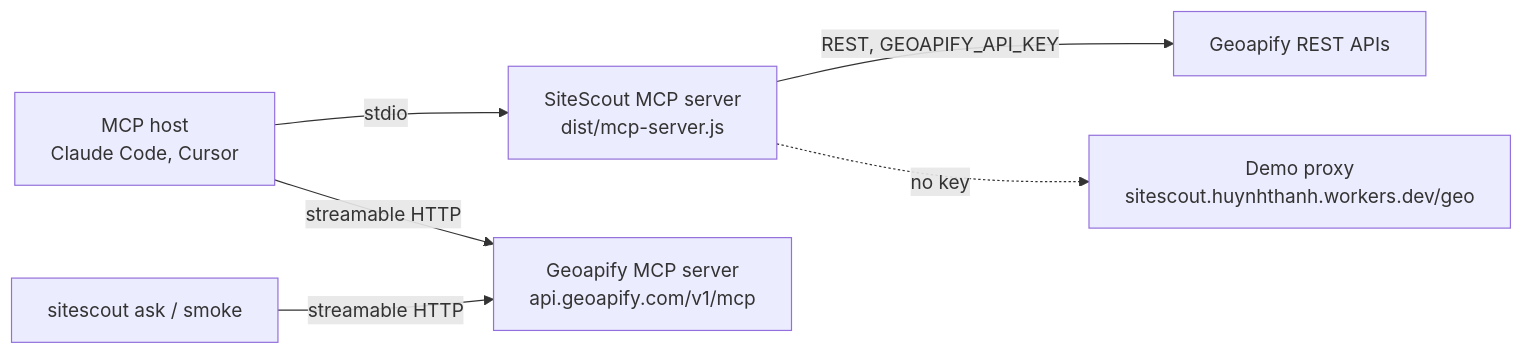
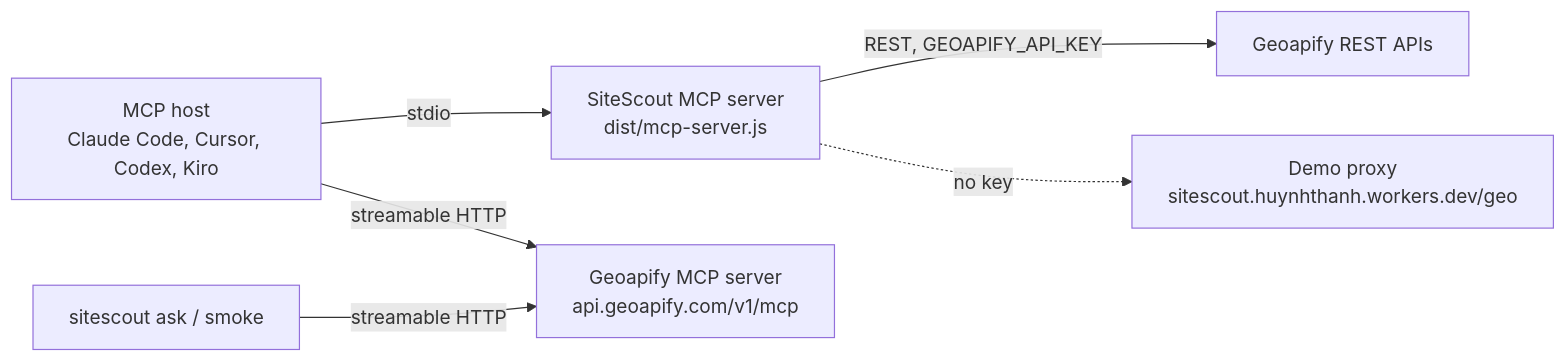
Before and after one commit to ducvuathuduc/sitescout-agent: the diagram in docs/mcp.md, drawn with Mermaid. The commit also changed other lines of this file and 38 other files, not shown here.

First line of the commit message:
docs: recorded two-server MCP session (Codex), host guides for Codex and Kiro, README rewrite, docs site fixes

````diff
--- a/docs/mcp.md
+++ b/docs/mcp.md
@@ -175,8 +175,8 @@
 ```mermaid
 flowchart LR
-  Host["MCP host<br/>Claude Code, Cursor"] -->|stdio| SS["SiteScout MCP server<br/>dist/mcp-server.js"]
+  Host["MCP host<br/>Claude Code, Cursor, Codex, Kiro"] -->|stdio| SS["SiteScout MCP server<br/>dist/mcp-server.js"]
   Host -->|streamable HTTP| GM["Geoapify MCP server<br/>api.geoapify.com/v1/mcp"]
   SS -->|REST, GEOAPIFY_API_KEY| REST["Geoapify REST APIs"]
   SS -.->|no key| Demo["Demo proxy<br/>sitescout.huynhthanh.workers.dev/geo"]
   CLI["sitescout ask / smoke"] -->|streamable HTTP| GM
 ```
````
